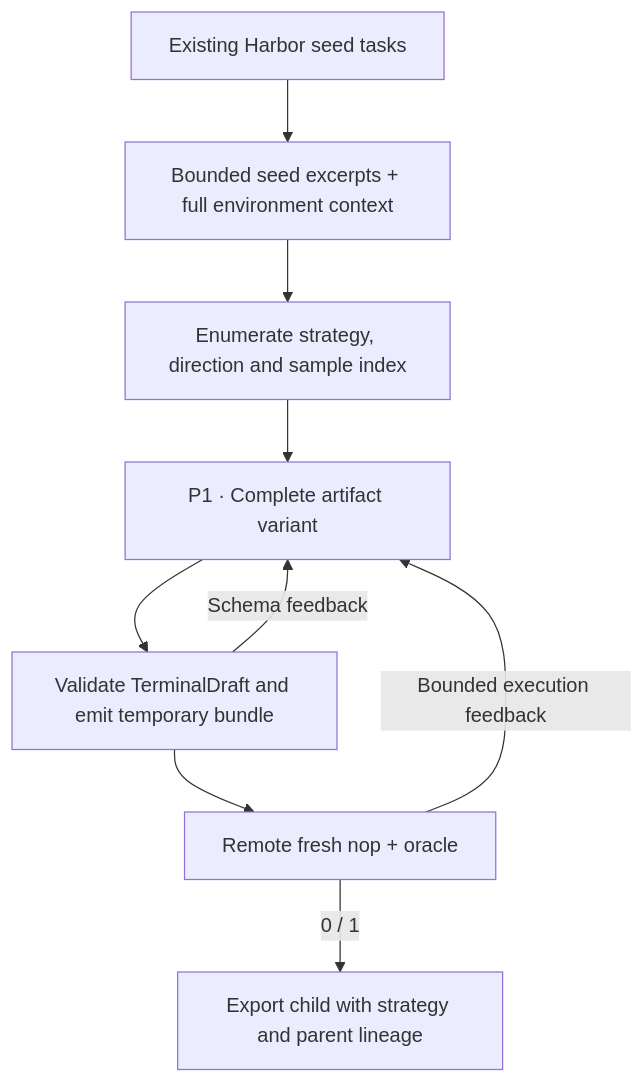
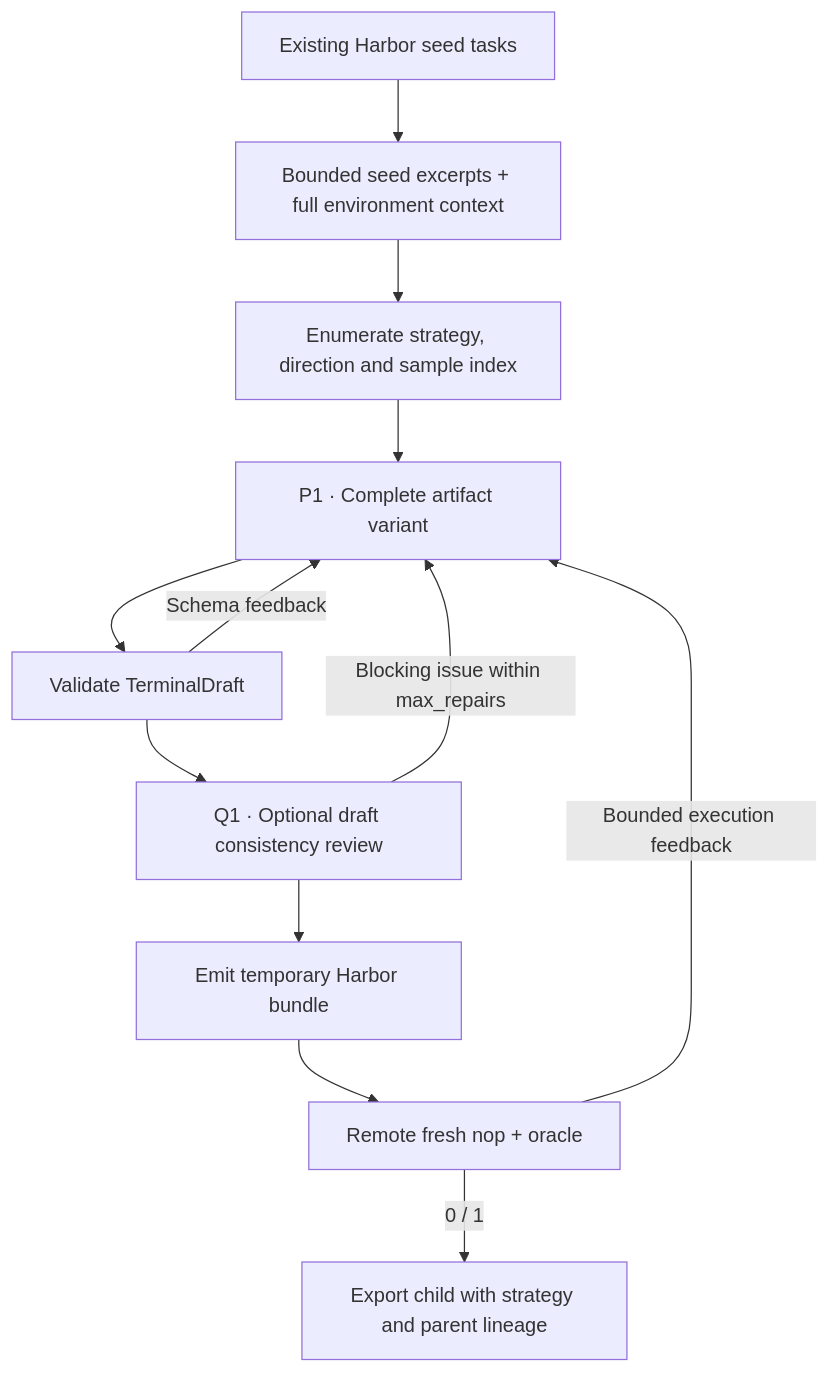
Before and after one commit to huggingface/Repo2RLEnv: the diagram in docs/pipelines/dataarc.md, drawn with Mermaid. The commit also changed other lines of this file and 70 other files, not shown here.

````diff
--- a/docs/pipelines/dataarc.md
+++ b/docs/pipelines/dataarc.md
@@ -16,11 +16,14 @@
 ```mermaid
 flowchart TD
   S["Existing Harbor seed tasks"] --> L["Bounded seed excerpts + full environment context"]
   L --> ST["Enumerate strategy, direction and sample index"]
   ST --> P1["P1 · Complete artifact variant"]
-  P1 --> D["Validate TerminalDraft and emit temporary bundle"]
-  D --> R["Remote fresh nop + oracle"]
+  P1 --> D["Validate TerminalDraft"]
+  D --> Q["Q1 · Optional draft consistency review"]
+  Q --> E["Emit temporary Harbor bundle"]
+  E --> R["Remote fresh nop + oracle"]
+  Q -->|"Blocking issue within max_repairs"| P1
   D -->|"Schema feedback"| P1
   R -->|"Bounded execution feedback"| P1
   R -->|"0 / 1"| H["Export child with strategy and parent lineage"]
 ```
````
